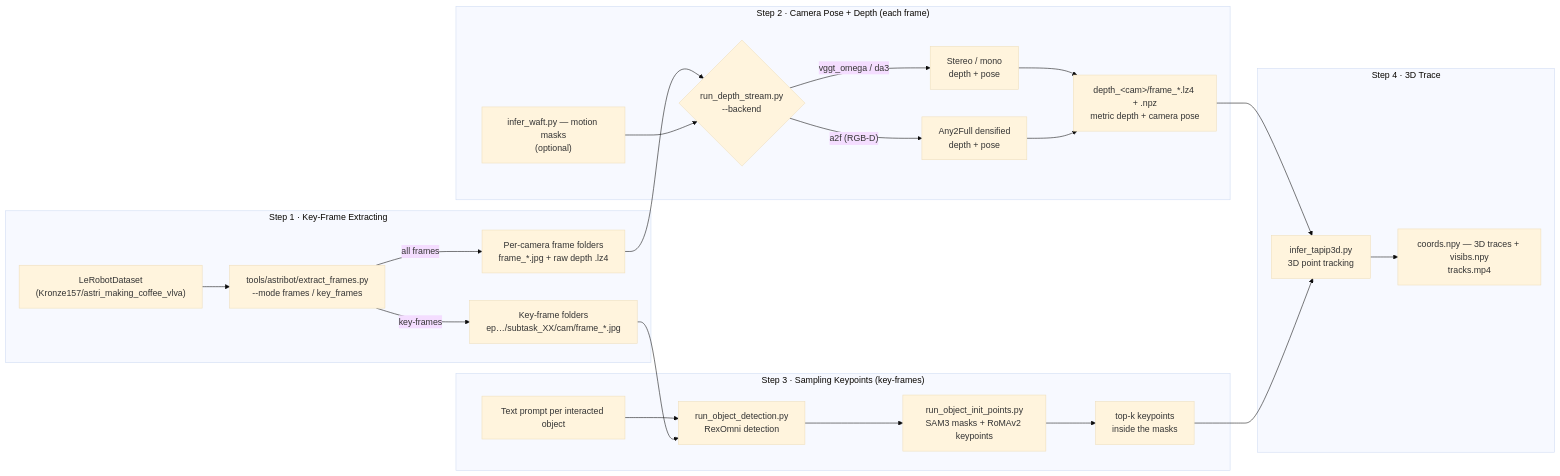
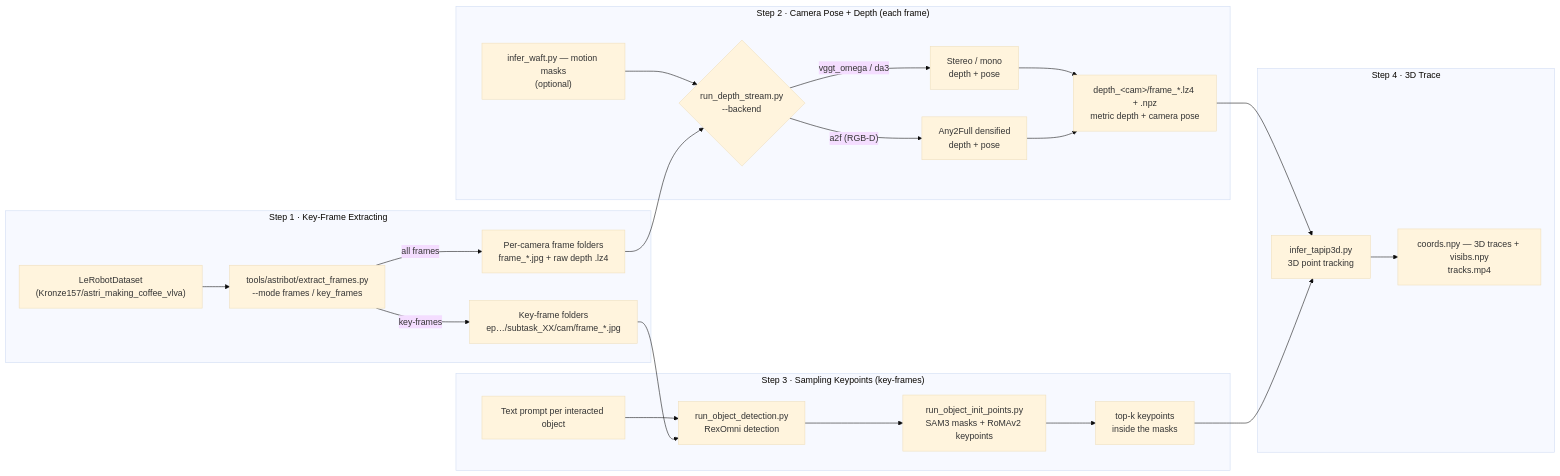
Before and after one commit to Chuong98CC/TraceEngine: the diagram in docs/general_test/general_test.md, drawn with Mermaid (base theme). The commit also changed other lines of this file and 25 other files, not shown here.

````diff
--- a/docs/general_test/general_test.md
+++ b/docs/general_test/general_test.md
@@ -31,30 +31,30 @@
 ```mermaid
 flowchart LR
     subgraph Step1["Step 1 · Key-Frame Extracting"]
         DS["LeRobotDataset<br/>(Kronze157/astri_making_coffee_vlva)"] --> EF["tools/astribot/extract_frames.py<br/>--mode frames / key_frames"]
         EF -->|"all frames"| FR["Per-camera frame folders<br/>frame_*.jpg + raw depth .lz4"]
         EF -->|"key-frames"| KF["Key-frame folders<br/>ep…/subtask_XX/cam/frame_*.jpg"]
     end
 
     subgraph Step2["Step 2 · Camera Pose + Depth (each frame)"]
+        WF["infer_waft.py — motion masks<br/>(optional)"] --> RS
         FR --> RS{"run_depth_stream.py<br/>--backend"}
-        WF["infer_waft.py — motion masks<br/>(optional)"] --> RS
         RS -->|"vggt_omega / da3"| ST["Stereo / mono<br/>depth + pose"]
         RS -->|"a2f (RGB-D)"| A2F["Any2Full densified<br/>depth + pose"]
         ST --> OUT["depth_&lt;cam&gt;/frame_*.lz4 + .npz<br/>metric depth + camera pose"]
         A2F --> OUT
     end
 
     subgraph Step3["Step 3 · Sampling Keypoints (key-frames)"]
         TX["Text prompt per interacted object"] --> RX["run_object_detection.py<br/>RexOmni detection"]
         KF --> RX
         RX --> SM["run_object_init_points.py<br/>SAM3 masks + RoMAv2 keypoints"]
         SM --> TK["top-k keypoints<br/>inside the masks"]
     end
 
     subgraph Step4["Step 4 · 3D Trace"]
         OUT --> TP["infer_tapip3d.py<br/>3D point tracking"]
         TK --> TP
         TP --> TR["coords.npy — 3D traces + visibs.npy<br/>tracks.mp4"]
     end
 ```
````
